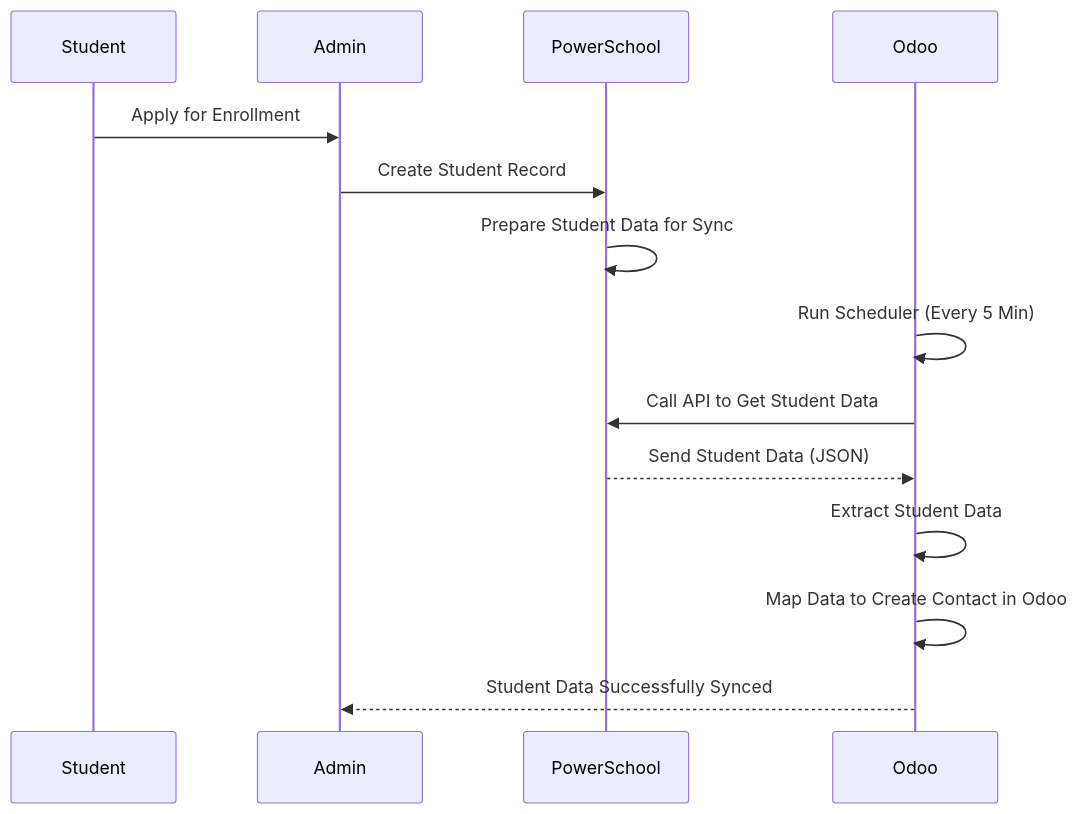
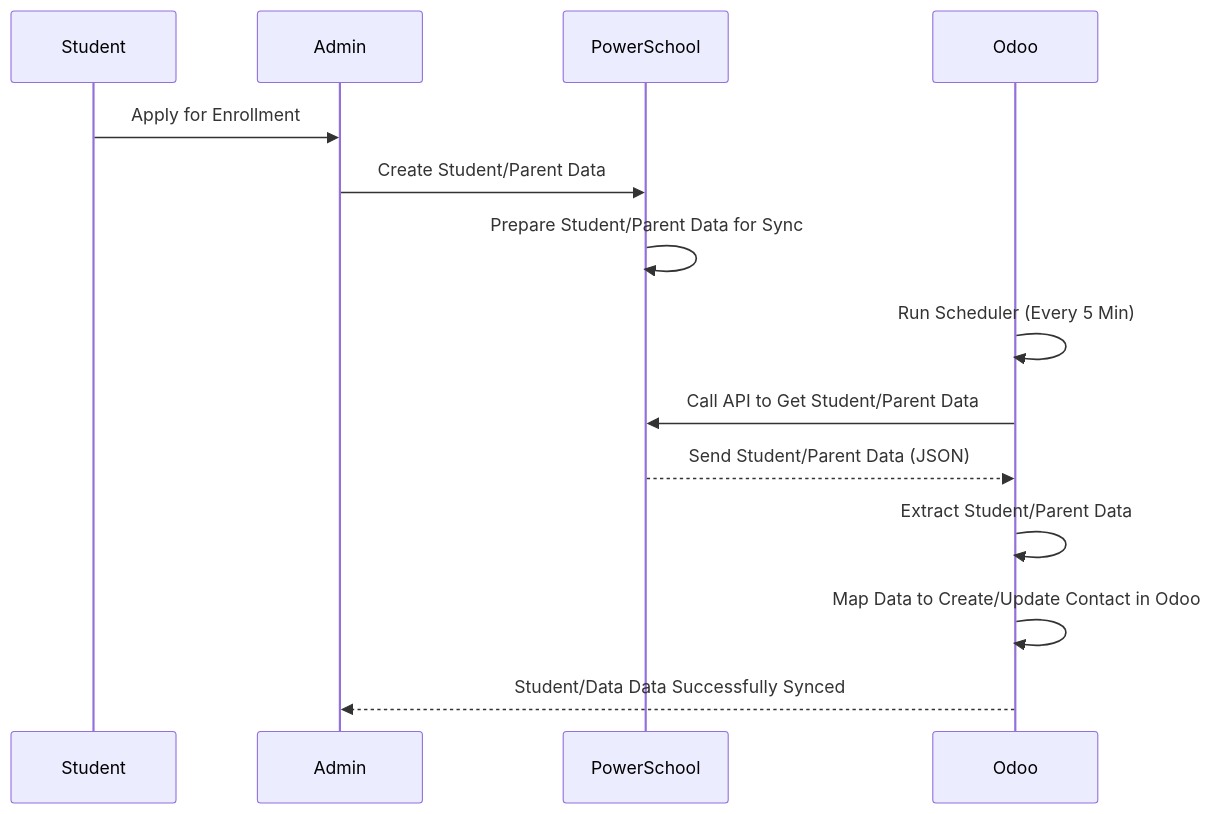
The first of 3 diagrams in PowerSchool Provides Rest API.md (kamalyui9/lincoln_school), drawn with Mermaid before and after one commit.

Commit message:
Update PowerSchool Provides Rest API.md

````diff
--- a/PowerSchool Provides Rest API.md
+++ b/PowerSchool Provides Rest API.md
@@ -4,17 +4,17 @@
 ```mermaid
 sequenceDiagram
     participant Student as Student
     participant Admin as Admin
     participant PowerSchool as PowerSchool
     participant Odoo as Odoo
 
     Student->>Admin: Apply for Enrollment
-    Admin->>PowerSchool: Create Student Record
-    PowerSchool->>PowerSchool: Prepare Student Data for Sync
+    Admin->>PowerSchool: Create Student/Parent Data
+    PowerSchool->>PowerSchool: Prepare Student/Parent Data for Sync
     Odoo->>Odoo: Run Scheduler (Every 5 Min)
-    Odoo->>PowerSchool: Call API to Get Student Data
-    PowerSchool-->>Odoo: Send Student Data (JSON)
-    Odoo->>Odoo: Extract Student Data
-    Odoo->>Odoo: Map Data to Create Contact in Odoo
-    Odoo-->>Admin: Student Data Successfully Synced
+    Odoo->>PowerSchool: Call API to Get Student/Parent Data
+    PowerSchool-->>Odoo: Send Student/Parent Data (JSON)
+    Odoo->>Odoo: Extract Student/Parent Data
+    Odoo->>Odoo: Map Data to Create/Update Contact in Odoo
+    Odoo-->>Admin: Student/Data Data Successfully Synced
 ```
````
